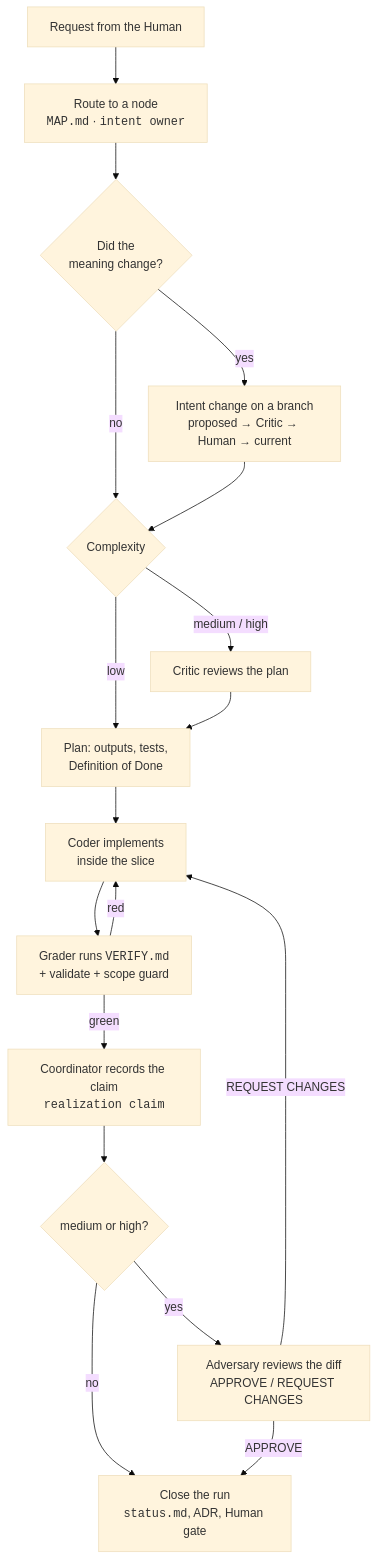
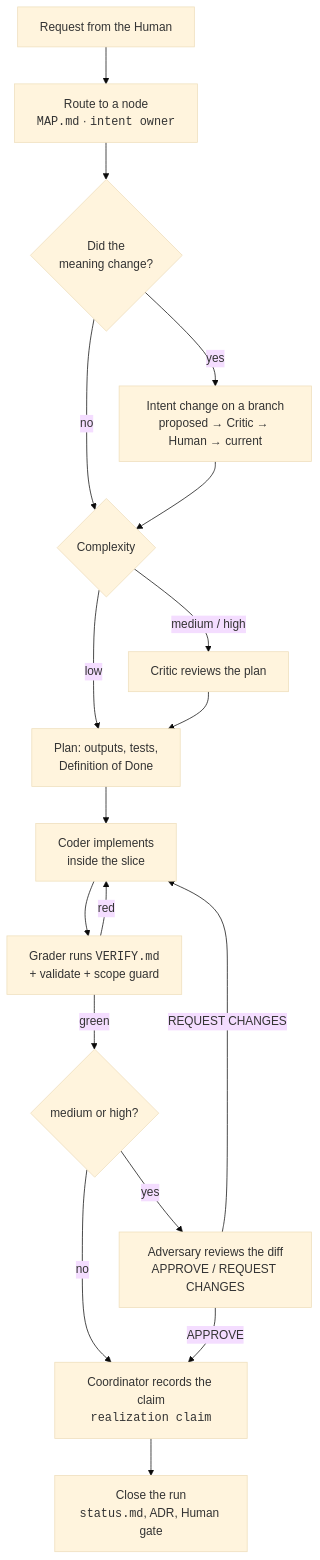
Before and after one commit to ivomarvan/cursor-best-practices-template: the second of 5 diagrams in README.md, drawn with Mermaid (base theme). The commit also changed other lines of this file and 18 other files, not shown here.

````diff
--- a/README.md
+++ b/README.md
@@ -127,20 +127,20 @@
 ```mermaid
 flowchart TD
     REQ["Request from the Human"] --> ROUTE["Route to a node<br/><code>MAP.md</code> · <code>intent owner</code>"]
     ROUTE --> MEAN{"Did the<br/>meaning change?"}
     MEAN -- yes --> TREE["Intent change on a branch<br/>proposed → Critic → Human → current"]
     MEAN -- no --> CX
     TREE --> CX{"Complexity"}
     CX -- low --> PLAN
     CX -- "medium / high" --> CRIT["Critic reviews the plan"]
     CRIT --> PLAN["Plan: outputs, tests,<br/>Definition of Done"]
     PLAN --> CODE["Coder implements<br/>inside the slice"]
     CODE --> GRADE["Grader runs <code>VERIFY.md</code><br/>+ validate + scope guard"]
     GRADE -- red --> CODE
-    GRADE -- green --> CLAIM["Coordinator records the claim<br/><code>realization claim</code>"]
-    CLAIM --> ADV{"medium or high?"}
+    GRADE -- green --> ADV{"medium or high?"}
     ADV -- yes --> REV["Adversary reviews the diff<br/>APPROVE / REQUEST CHANGES"]
-    ADV -- no --> CLOSE
+    ADV -- no --> CLAIM
     REV -- "REQUEST CHANGES" --> CODE
-    REV -- APPROVE --> CLOSE["Close the run<br/><code>status.md</code>, ADR, Human gate"]
+    REV -- APPROVE --> CLAIM["Coordinator records the claim<br/><code>realization claim</code>"]
+    CLAIM --> CLOSE["Close the run<br/><code>status.md</code>, ADR, Human gate"]
 ```
````
